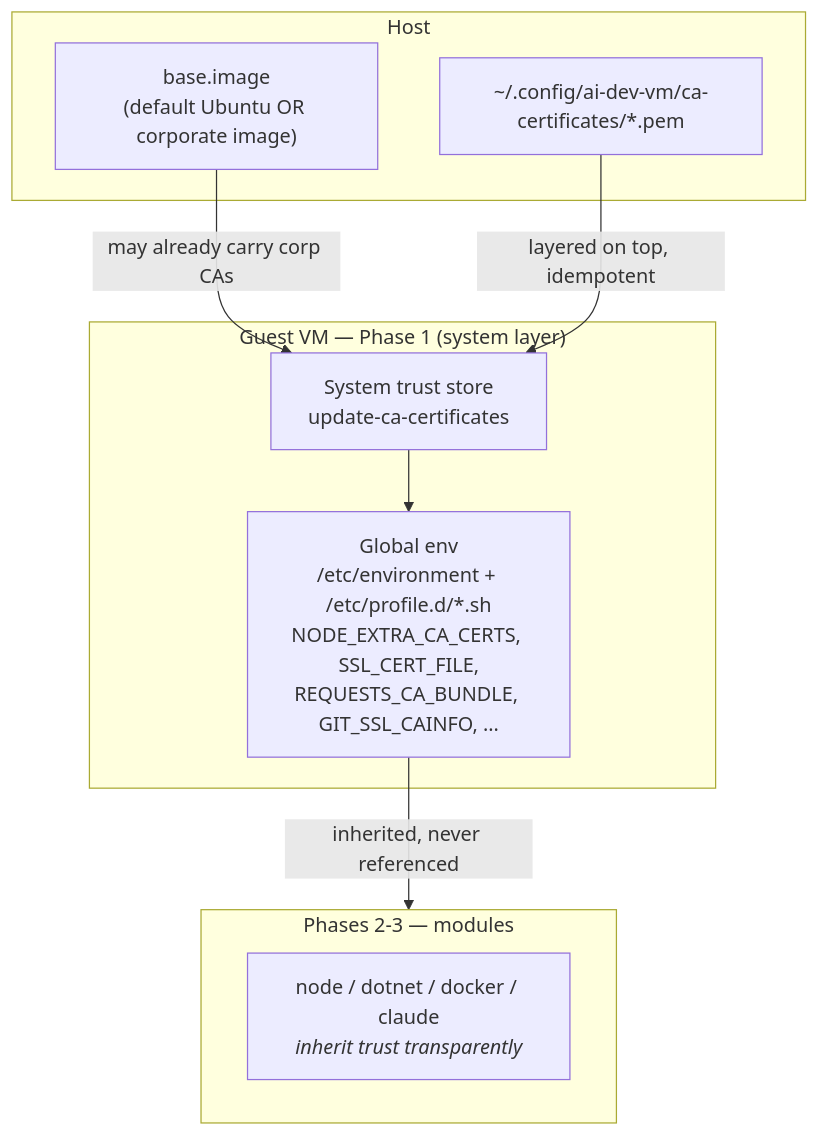
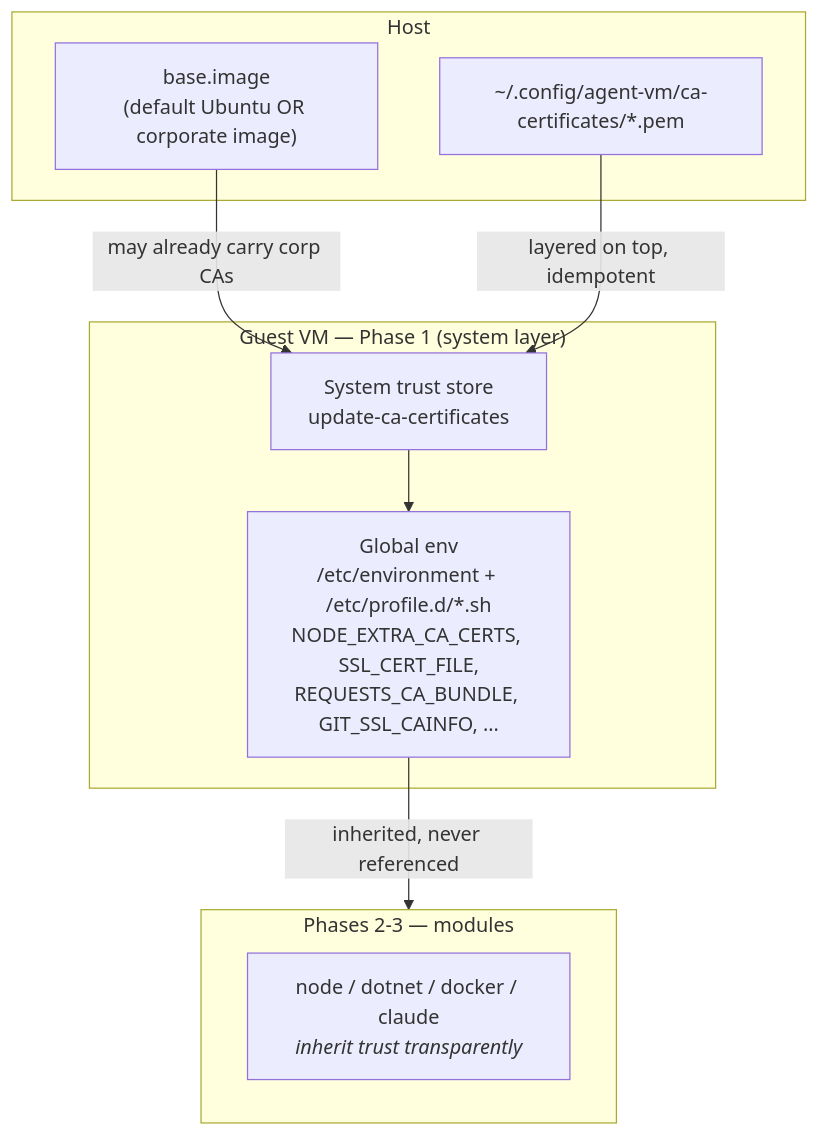
The fourth of 6 diagrams in docs/architecture.md (MikD1/agent-vm), drawn with Mermaid before and after one commit. The commit also changed other lines of this file, not shown here.

Commit message:
docs(architecture): sync with implemented design (names, Record-first, prune, no workspace in Spec, embed layout)

````diff
--- a/docs/architecture.md
+++ b/docs/architecture.md
@@ -217,21 +217,21 @@
 ```mermaid
 graph TB
     subgraph Host
-        hostca["~/.config/ai-dev-vm/ca-certificates/*.pem"]
+        hostca["~/.config/agent-vm/ca-certificates/*.pem"]
         baseimg["base.image<br/>(default Ubuntu OR corporate image)"]
     end
 
     subgraph Guest["Guest VM — Phase 1 (system layer)"]
         trust["System trust store<br/>update-ca-certificates"]
         env["Global env<br/>/etc/environment + /etc/profile.d/*.sh<br/>NODE_EXTRA_CA_CERTS, SSL_CERT_FILE,<br/>REQUESTS_CA_BUNDLE, GIT_SSL_CAINFO, ..."]
     end
 
     subgraph Modules["Phases 2-3 — modules"]
         m["node / dotnet / docker / claude<br/><i>inherit trust transparently</i>"]
     end
 
     baseimg -- "may already carry corp CAs" --> trust
     hostca -- "layered on top, idempotent" --> trust
     trust --> env
     env -- "inherited, never referenced" --> Modules
 ```
````
